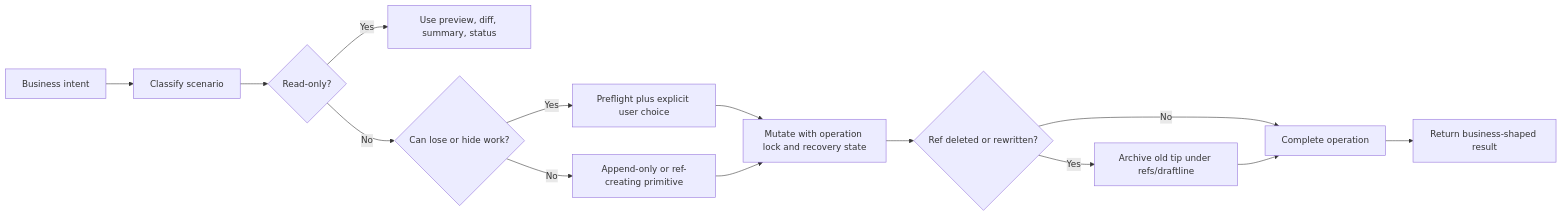
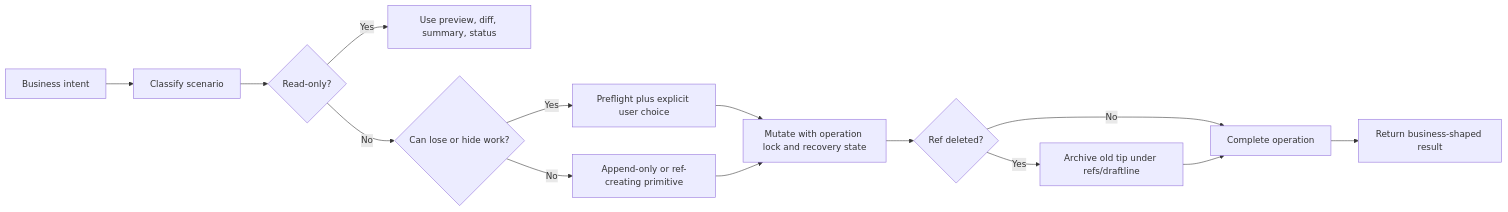
Before and after one commit to sethjuarez/draftline: the first of 2 diagrams in docs/scenarios.md, drawn with Mermaid. The commit also changed other lines of this file and 44 other files, not shown here.

````diff
--- a/docs/scenarios.md
+++ b/docs/scenarios.md
@@ -118,16 +123,16 @@
 ```mermaid
 flowchart LR
     A[Business intent] --> B[Classify scenario]
     B --> C{Read-only?}
     C -- Yes --> D[Use preview, diff, summary, status]
     C -- No --> E{Can lose or hide work?}
     E -- Yes --> F[Preflight plus explicit user choice]
     E -- No --> G[Append-only or ref-creating primitive]
     F --> H[Mutate with operation lock and recovery state]
     G --> H
-    H --> I{Ref deleted or rewritten?}
+    H --> I{Ref deleted?}
     I -- Yes --> J[Archive old tip under refs/draftline]
     I -- No --> K[Complete operation]
     J --> K
     K --> L[Return business-shaped result]
 ```
````
